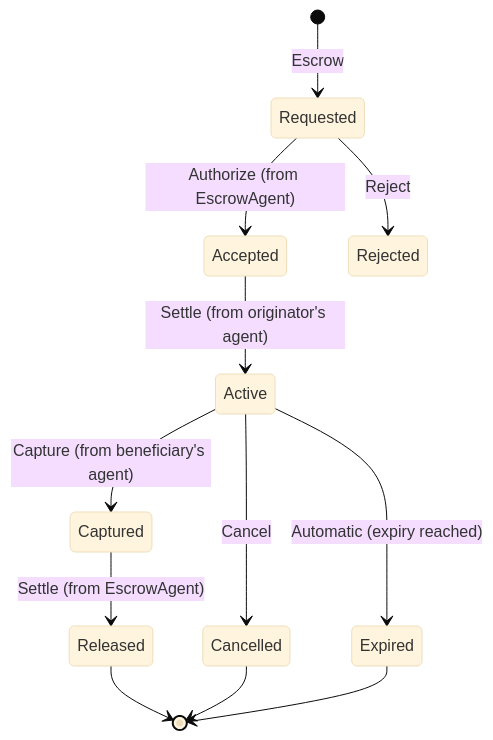
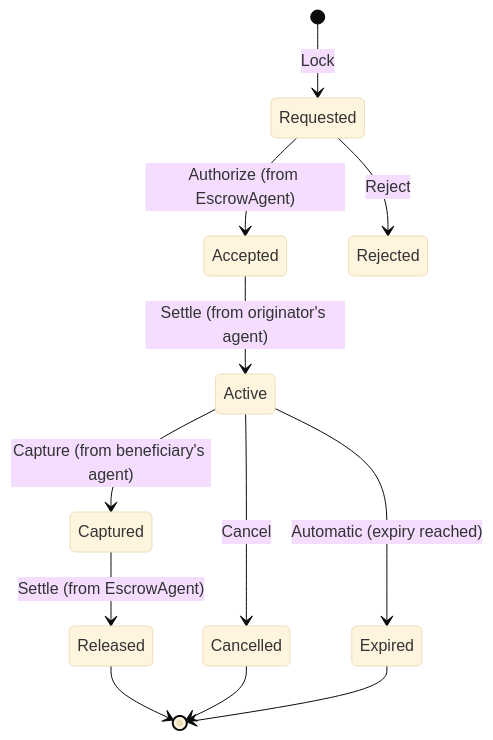
One commit to TransactionAuthorizationProtocol/TAIPs changed the diagram in TAIPs/taip-17.md. Above: the diagram before and after it, drawn with Mermaid (base theme). The commit also changed other lines of this file and 14 other files, not shown here.

First line of the commit message:
Rename TAIP-17 Escrow message type to Lock

````diff
--- a/TAIPs/taip-17.md
+++ b/TAIPs/taip-17.md
@@ -79,14 +79,14 @@
 ```mermaid
 stateDiagram-v2
-    [*] --> Requested : Escrow
+    [*] --> Requested : Lock
     Requested --> Accepted : Authorize (from EscrowAgent)
     Requested --> Rejected : Reject
     Accepted --> Active : Settle (from originator's agent)
     Active --> Captured : Capture (from beneficiary's agent)
     Active --> Cancelled : Cancel
     Active --> Expired : Automatic (expiry reached)
     Captured --> Released : Settle (from EscrowAgent)
     Released --> [*]
     Cancelled --> [*]
     Expired --> [*]
 ```
````
